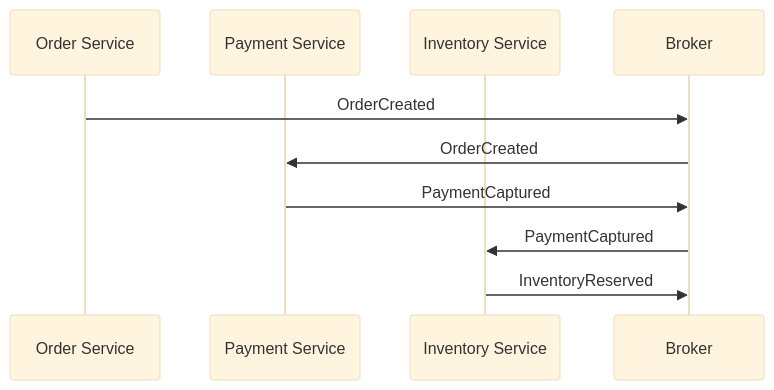
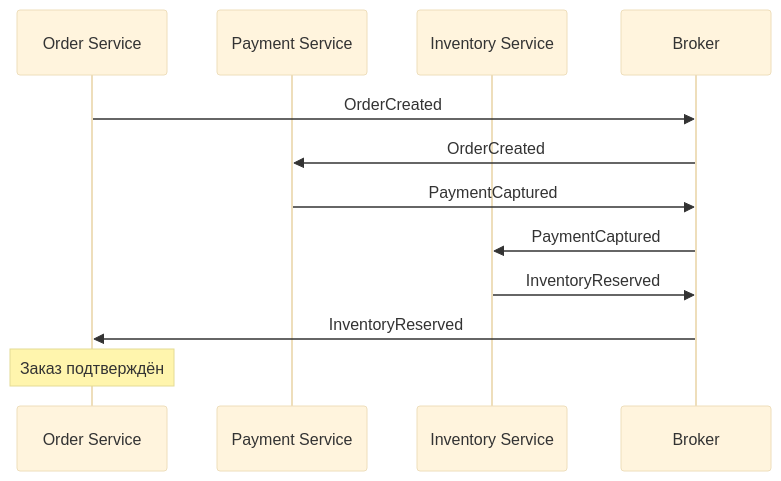
Before and after one commit to Kert0n/KPO: diagram 12 of 15 in content/lectures/Lec12/vitepress.md, drawn with Mermaid (base theme). The commit also changed other lines of this file, not shown here.

````diff
--- a/content/lectures/Lec12/vitepress.md
+++ b/content/lectures/Lec12/vitepress.md
@@ -1074,13 +805,15 @@
 ```mermaid
 sequenceDiagram
     participant Order as Order Service
     participant Payment as Payment Service
     participant Inventory as Inventory Service
     participant Broker as Broker
 
     Order->>Broker: OrderCreated
     Broker->>Payment: OrderCreated
     Payment->>Broker: PaymentCaptured
     Broker->>Inventory: PaymentCaptured
     Inventory->>Broker: InventoryReserved
+    Broker->>Order: InventoryReserved
+    Note over Order: Заказ подтверждён
 ```
````
